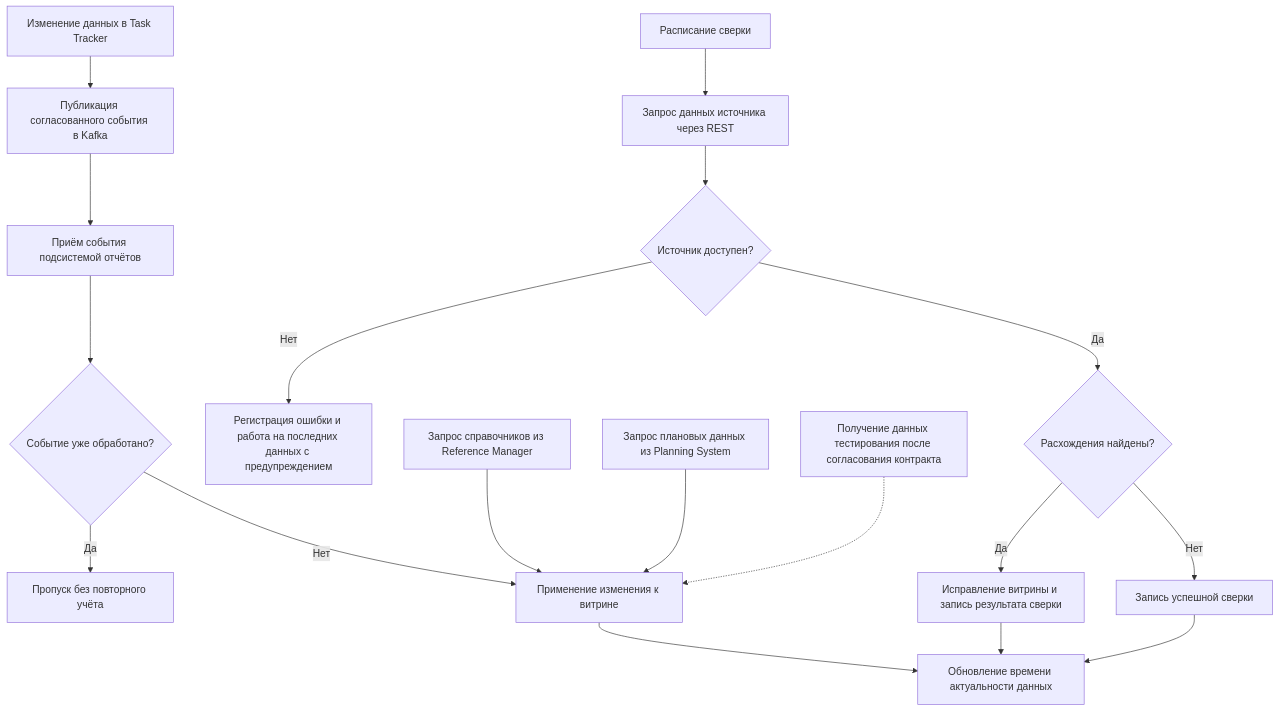
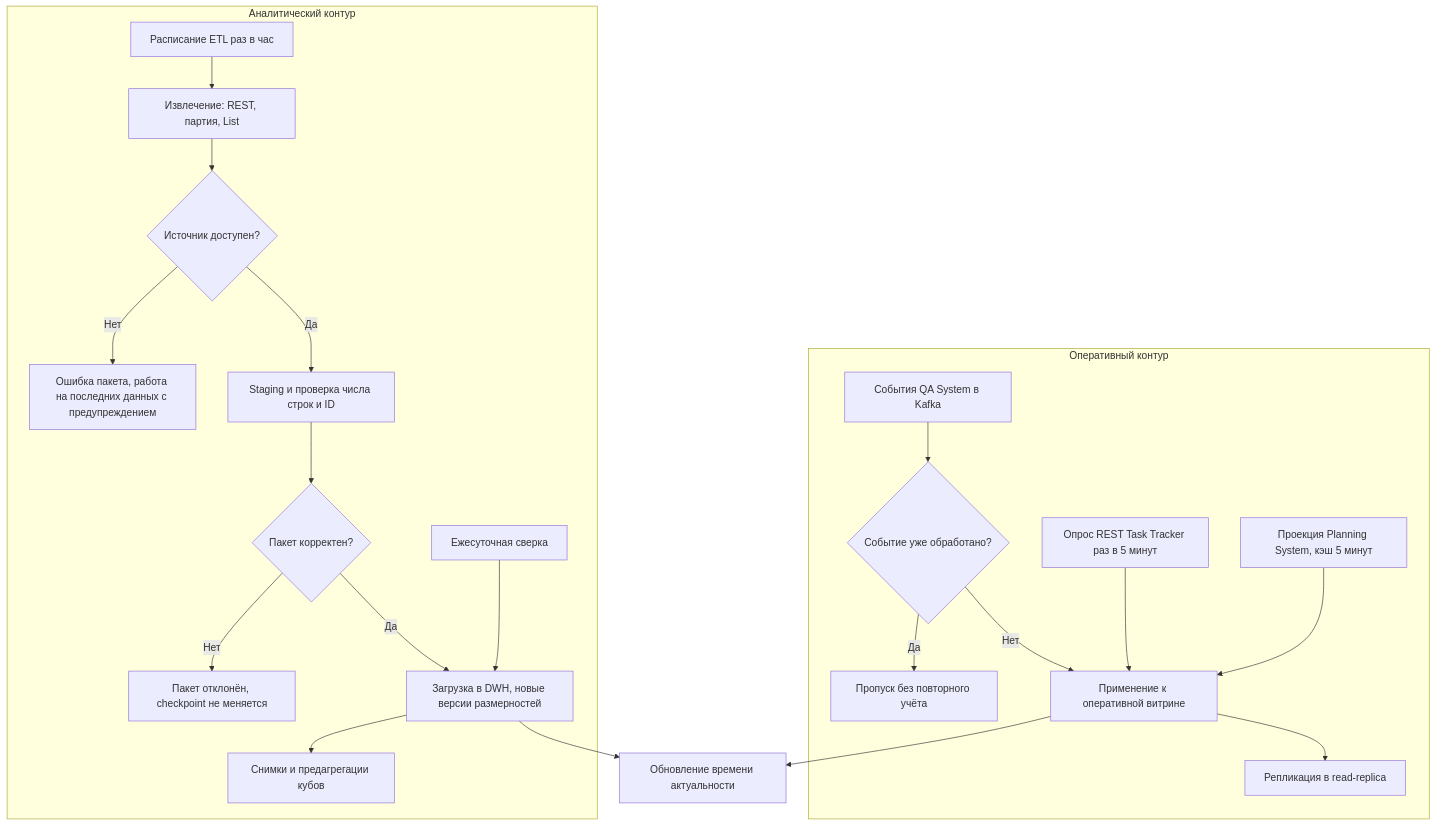
One commit to MEPhI-C22-501/arch-info-system-monorepo changed the third of 6 diagrams in reports/docs/vision.md. Above: the diagram before and after it, drawn with Mermaid. The commit also changed other lines of this file and 40 other files, not shown here.

````diff
--- a/reports/docs/vision.md
+++ b/reports/docs/vision.md
@@ -227,20 +278,24 @@
 ```mermaid
 flowchart TD
-    A["Изменение данных в Task Tracker"] --> B["Публикация согласованного события в Kafka"]
-    B --> C["Приём события подсистемой отчётов"]
-    C --> D{"Событие уже обработано?"}
-    D -->|"Да"| E["Пропуск без повторного учёта"]
-    D -->|"Нет"| F["Применение изменения к витрине"]
-    F --> G["Обновление времени актуальности данных"]
-    H["Расписание сверки"] --> I["Запрос данных источника через REST"]
-    I --> J{"Источник доступен?"}
-    J -->|"Нет"| K["Регистрация ошибки и работа на последних данных с предупреждением"]
-    J -->|"Да"| L{"Расхождения найдены?"}
-    L -->|"Да"| M["Исправление витрины и запись результата сверки"]
-    L -->|"Нет"| N["Запись успешной сверки"]
-    M --> G
-    N --> G
-    O["Запрос справочников из Reference Manager"] --> F
-    P["Запрос плановых данных из Planning System"] --> F
-    Q["Получение данных тестирования после согласования контракта"] -.-> F
+    subgraph OP["Оперативный контур"]
+        QE["События QA System в Kafka"] --> C{"Событие уже обработано?"}
+        C -->|"Да"| E["Пропуск без повторного учёта"]
+        C -->|"Нет"| F["Применение к оперативной витрине"]
+        TP["Опрос REST Task Tracker раз в 5 минут"] --> F
+        PP["Проекция Planning System, кэш 5 минут"] --> F
+        F --> RR["Репликация в read-replica"]
+    end
+    subgraph AN["Аналитический контур"]
+        S["Расписание ETL раз в час"] --> X["Извлечение: REST, партия, List"]
+        X --> J{"Источник доступен?"}
+        J -->|"Нет"| K["Ошибка пакета, работа на последних данных с предупреждением"]
+        J -->|"Да"| STG["Staging и проверка числа строк и ID"]
+        STG --> V{"Пакет корректен?"}
+        V -->|"Нет"| R["Пакет отклонён, checkpoint не меняется"]
+        V -->|"Да"| D["Загрузка в DWH, новые версии размерностей"]
+        D --> CU["Снимки и предагрегации кубов"]
+        N["Ежесуточная сверка"] --> D
+    end
+    F --> G["Обновление времени актуальности"]
+    D --> G
 ```
````
